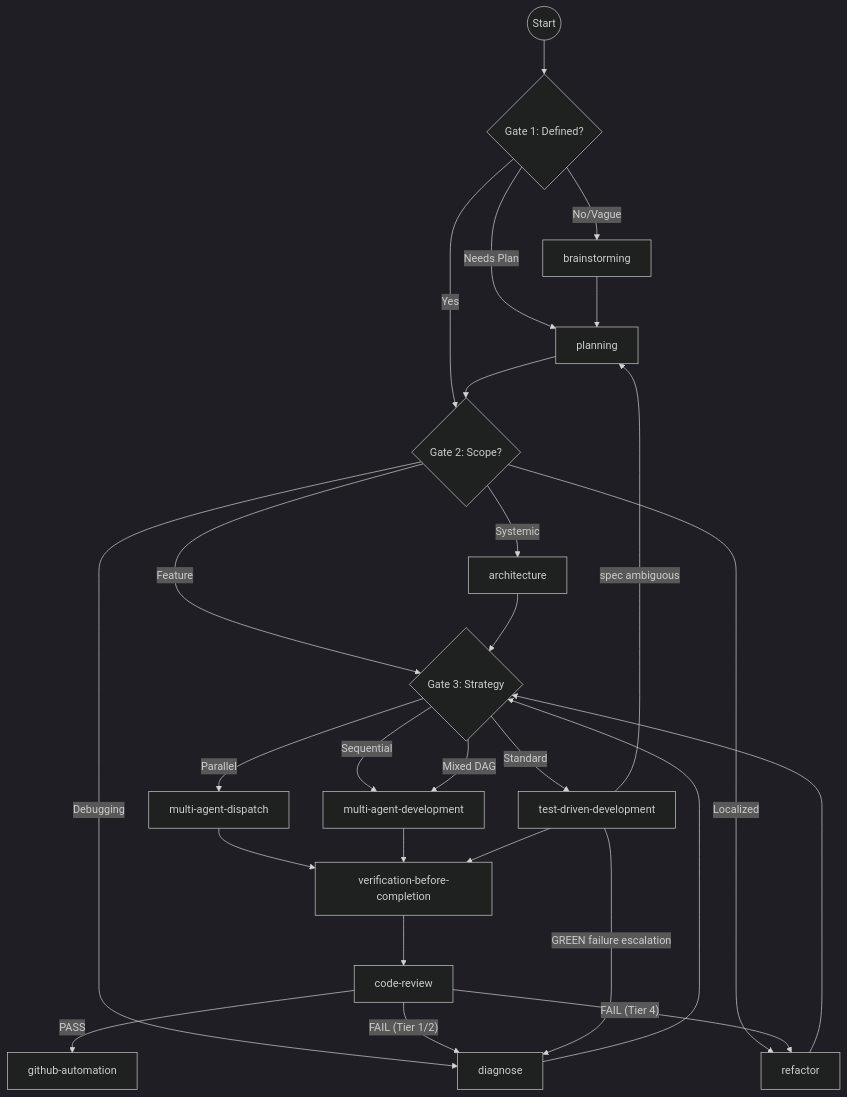
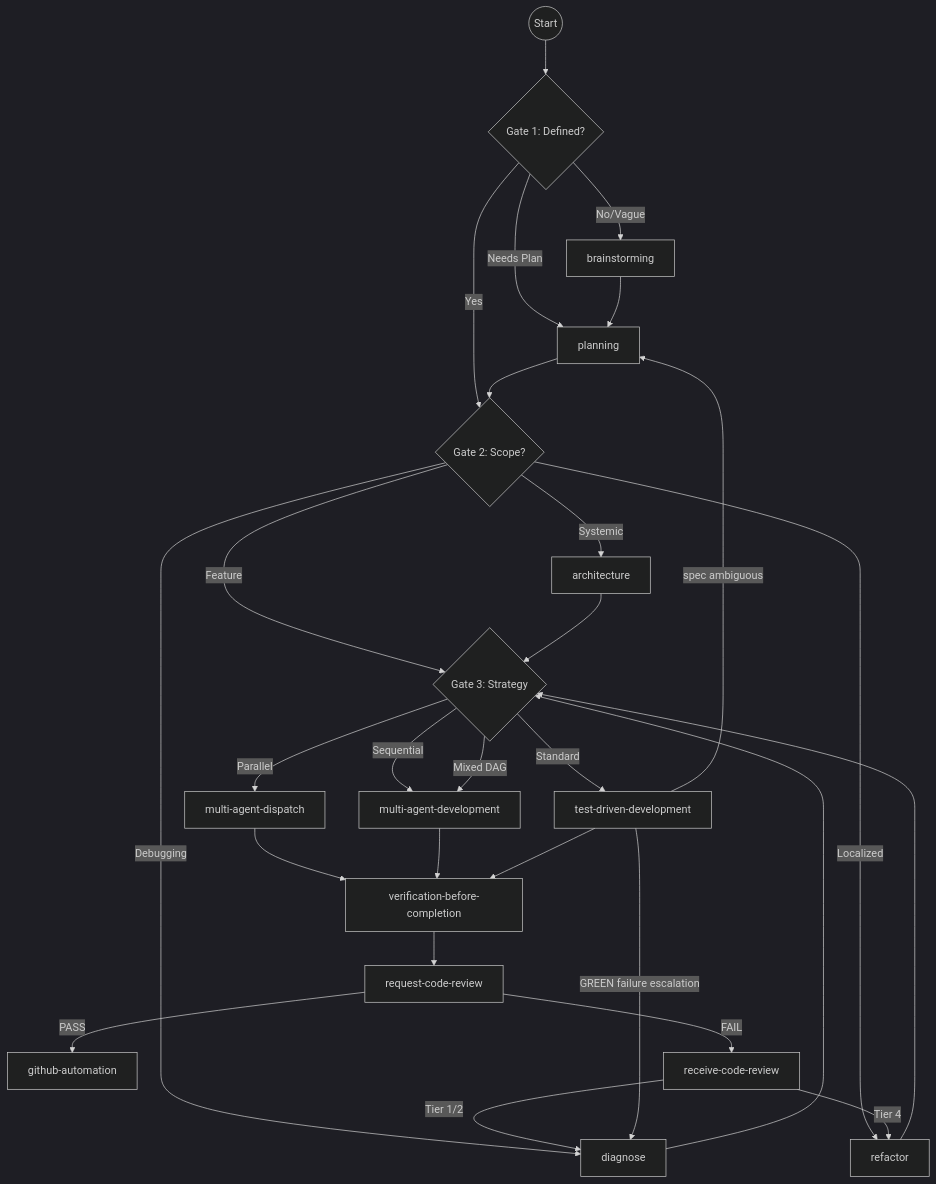
The diagram in skills/using-agent-dev-skills/SKILL.md (j0hanz/claude-agent-dev-plugin), drawn with Mermaid (dark theme) before and after one commit. The commit also changed other lines of this file and 10 other files, not shown here.

````diff
--- a/skills/using-agent-dev-skills/SKILL.md
+++ b/skills/using-agent-dev-skills/SKILL.md
@@ -61,35 +61,36 @@
 ```mermaid
 graph TD
     Start((Start)) --> G1{Gate 1: Defined?}
     G1 -- No/Vague --> B[brainstorming]
     G1 -- Needs Plan --> P[planning]
     G1 -- Yes --> G2{Gate 2: Scope?}
 
     B --> P
     P --> G2
 
     G2 -- Systemic --> ARC[architecture]
     G2 -- Localized --> REF[refactor]
     G2 -- Debugging --> DIAG[diagnose]
     G2 -- Feature --> G3{Gate 3: Strategy}
 
     ARC --> G3
     REF --> G3
     DIAG --> G3
 
     G3 -- Parallel --> MAD[multi-agent-dispatch]
     G3 -- Sequential --> MDEV[multi-agent-development]
     G3 -- "Mixed DAG" --> MDEV
     G3 -- Standard --> TDD[test-driven-development]
 
     MAD --> V[verification-before-completion]
     MDEV --> V
     TDD --> V
 
-    V --> CR[code-review]
-    CR -- PASS --> GH[github-automation]
-    CR -- "FAIL (Tier 1/2)" --> DIAG
-    CR -- "FAIL (Tier 4)" --> REF
+    V --> RCR[request-code-review]
+    RCR -- PASS --> GH[github-automation]
+    RCR -- FAIL --> RECV[receive-code-review]
+    RECV -- "Tier 1/2" --> DIAG
+    RECV -- "Tier 4" --> REF
     TDD -- "GREEN failure escalation" --> DIAG
     TDD -- "spec ambiguous" --> P
 ```
````
